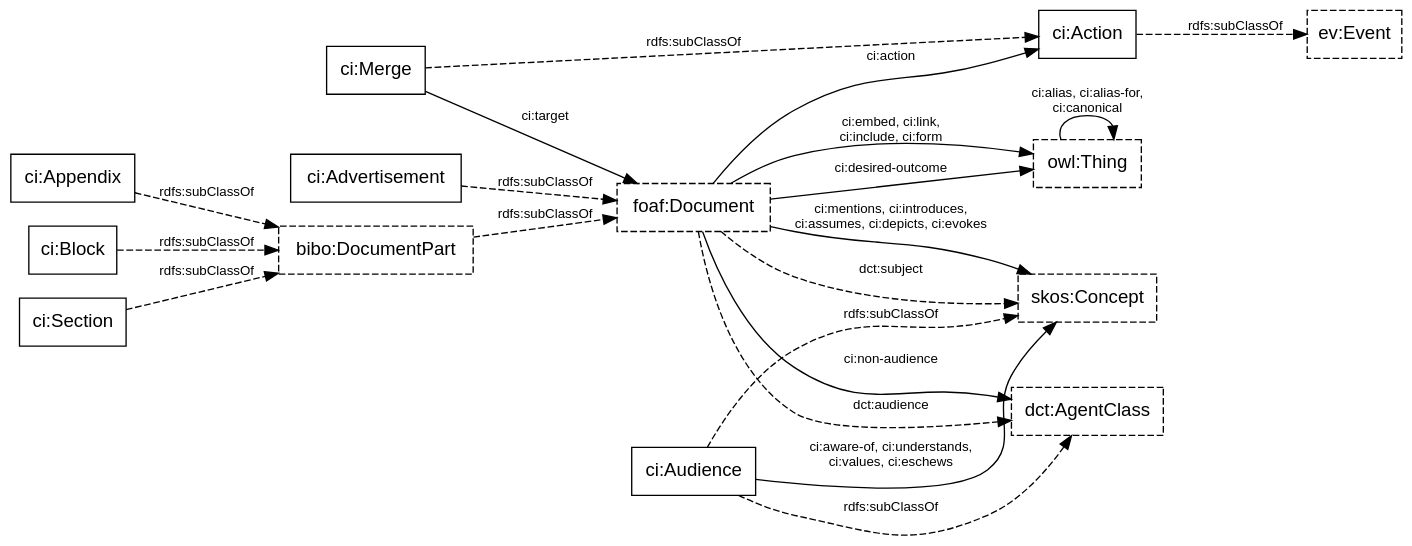
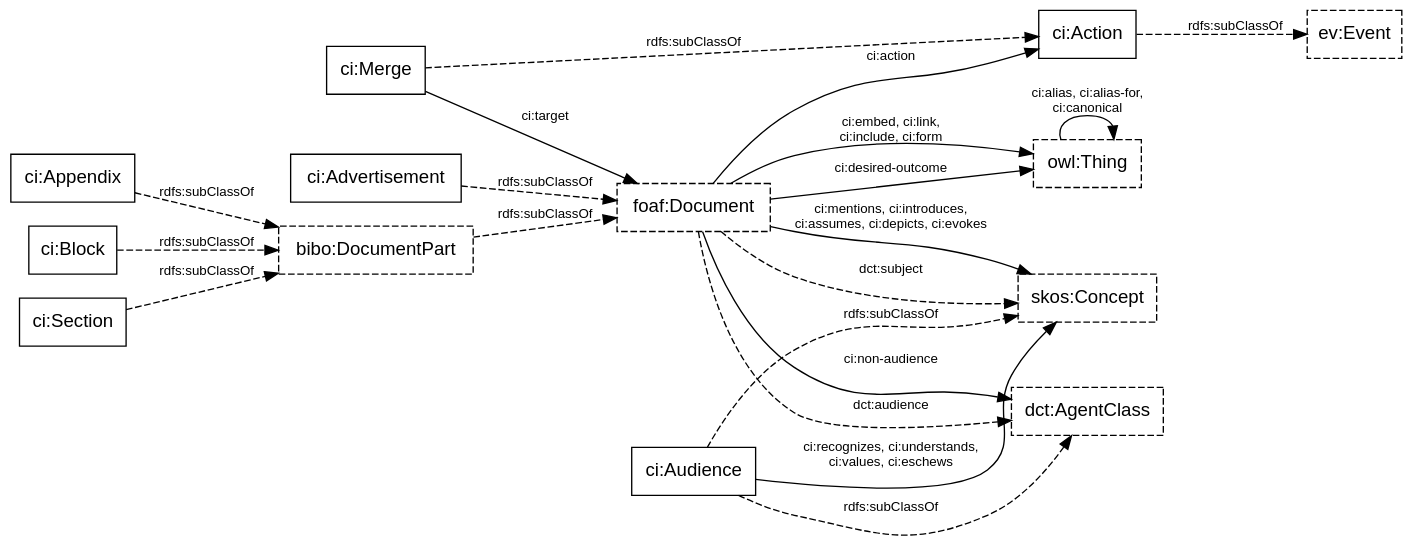
Before and after one commit to doriantaylor/owl-content-inventory: the diagram in content-inventory-classes.dot, drawn with Graphviz. The commit also changed 1 other file, not shown here.

Commit message:
update diagram

```diff
--- a/content-inventory-classes.dot
+++ b/content-inventory-classes.dot
@@ -1,48 +1,48 @@
 digraph classes {
     graph [bgcolor=transparent,rankdir=LR];
     node [shape=box,color="#000000",fontcolor="#000000",fontname="Lucida Grande, Lucida Sans Unicode, sans-serif",target="_top"];
     edge [fontsize=10,concentrate=true,color="#000000",fontcolor="#000000",fontname="Lucida Grande, Lucida Sans Unicode, sans-serif"];
     subgraph {
         node [style=dashed];
         owl_Thing [label="owl:Thing",href="https://www.w3.org/TR/2012/REC-owl2-syntax-20121211/#a_Thing"];
         ev_Event [label="ev:Event",href="http://motools.sourceforge.net/event/event.html#term_Event"];
         dct_AgentClass [label="dct:AgentClass",href="http://www.dublincore.org/specifications/dublin-core/dcmi-terms/#terms-AgentClass"];
         skos_Concept [label="skos:Concept",href="https://www.w3.org/TR/skos-reference/#concepts"];
         foaf_Document [label="foaf:Document",href="http://xmlns.com/foaf/spec/#term_Document"];
         bibo_DocumentPart [label="bibo:DocumentPart",href="http://purl.org/ontology/bibo/DocumentPart"];
     }
 
     ci_Action [label="ci:Action",href="https://vocab.methodandstructure.com/content-inventory#Action"];
     ci_Advertisement [label="ci:Advertisement",href="https://vocab.methodandstructure.com/content-inventory#Advertisement"];
     ci_Audience [label="ci:Audience",href="https://vocab.methodandstructure.com/content-inventory#Audience"];
     ci_Merge [label="ci:Merge",href="https://vocab.methodandstructure.com/content-inventory#Merge"];
     ci_Appendix [label="ci:Appendix",href="https://vocab.methodandstructure.com/content-inventory#Appendix"];
     ci_Block [label="ci:Block",href="https://vocab.methodandstructure.com/content-inventory#Block"];
     ci_Section [label="ci:Section",href="https://vocab.methodandstructure.com/content-inventory#Section"];
 
     ci_Merge -> foaf_Document [label="ci:target"];
     foaf_Document -> ci_Action [label="ci:action"];
 
     foaf_Document -> skos_Concept [label="ci:mentions, ci:introduces,\nci:assumes, ci:depicts, ci:evokes"];
-    ci_Audience -> skos_Concept [label="ci:aware-of, ci:understands,\nci:values, ci:eschews"];
+    ci_Audience -> skos_Concept [label="ci:recognizes, ci:understands,\nci:values, ci:eschews"];
     foaf_Document -> dct_AgentClass [label="ci:non-audience"];
     foaf_Document -> owl_Thing [label="ci:desired-outcome"];
     foaf_Document -> owl_Thing [label="ci:embed, ci:link,\nci:include, ci:form"];
     owl_Thing -> owl_Thing [label="ci:alias, ci:alias-for,\nci:canonical"]
 
     subgraph {
         edge [style=dashed, label="rdfs:subClassOf"];
         ci_Merge -> ci_Action -> ev_Event;
         ci_Audience -> dct_AgentClass;
         ci_Audience -> skos_Concept;
         ci_Advertisement -> foaf_Document;
         ci_Appendix -> bibo_DocumentPart -> foaf_Document;
         ci_Block -> bibo_DocumentPart;
         ci_Section -> bibo_DocumentPart;
     }
     subgraph {
         edge [style=dashed];
         foaf_Document -> skos_Concept [label="dct:subject"];
         foaf_Document -> dct_AgentClass [label="dct:audience"];
     }
 }
```
